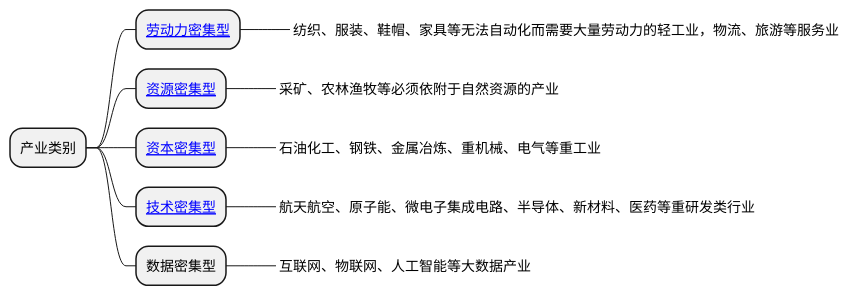
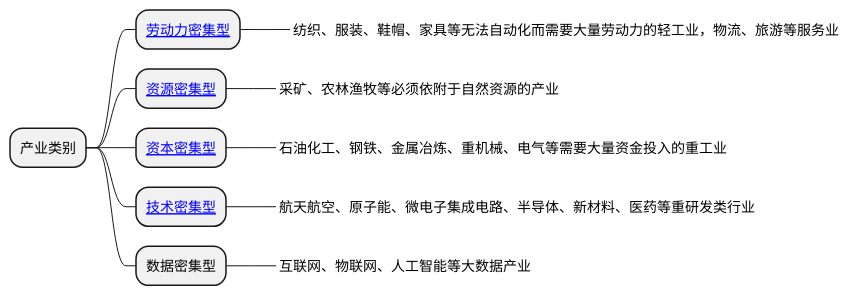
The second of 2 diagrams in source/_posts/economic/social-and-tax.md (holmofy/blog.hufeifei.cn), drawn with PlantUML before and after one commit.

````diff
--- a/source/_posts/economic/social-and-tax.md
+++ b/source/_posts/economic/social-and-tax.md
@@ -128,15 +128,15 @@
 ```plantuml
 @startmindmap
 + 产业类别
 ++ [[https://baike.baidu.com/item/劳动密集型企业 劳动力密集型]]
 +++_ 纺织、服装、鞋帽、家具等无法自动化而需要大量劳动力的轻工业，物流、旅游等服务业
 ++ [[https://baike.baidu.com/item/资源密集型产业 资源密集型]]
 +++_ 采矿、农林渔牧等必须依附于自然资源的产业
 ++ [[https://baike.baidu.com/item/资本密集型 资本密集型]]
-+++_ 石油化工、钢铁、金属冶炼、重机械、电气等重工业
++++_ 石油化工、钢铁、金属冶炼、重机械、电气等需要大量资金投入的重工业
 ++ [[https://baike.baidu.com/item/技术密集型 技术密集型]]
 +++_ 航天航空、原子能、微电子集成电路、半导体、新材料、医药等重研发类行业
 ++ 数据密集型
 +++_ 互联网、物联网、人工智能等大数据产业
 @endmindmap
 ```
````
